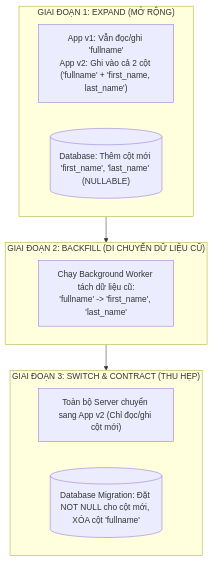
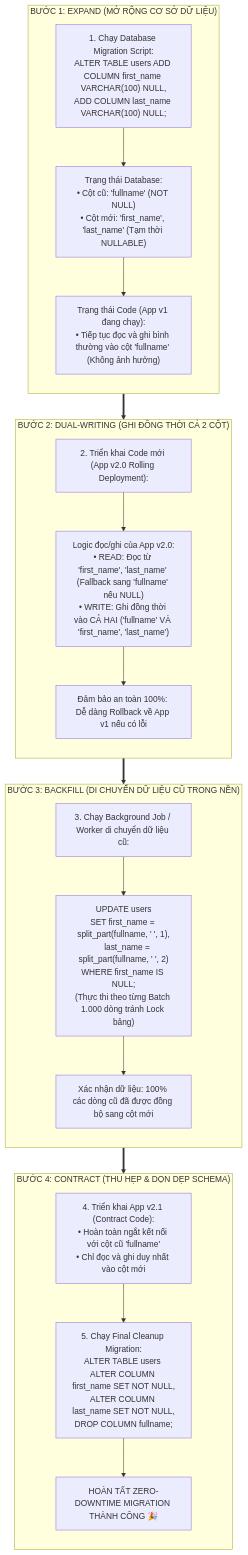
One commit to hydragon2m/docs changed the seventh of 8 diagrams in Backend/Database & Storage/04. ORM & Migrations/Bài 01 - ORM Deep Dive (Prisma vs TypeORM & Migration Management).md. Above: the diagram before and after it, drawn with Mermaid. The commit also changed other lines of this file and 3 other files, not shown here.

````diff
--- a/Backend/Database & Storage/04. ORM & Migrations/Bài 01 - ORM Deep Dive (Prisma vs TypeORM & Migration Management).md
+++ b/Backend/Database & Storage/04. ORM & Migrations/Bài 01 - ORM Deep Dive (Prisma vs TypeORM & Migration Management).md
@@ -284,18 +303,36 @@
 ```mermaid
 flowchart TD
-    subgraph Phase1["GIAI ĐOẠN 1: EXPAND (MỞ RỘNG)"]
-        P1Code["App v1: Vẫn đọc/ghi 'fullname'<br/>App v2: Ghi vào cả 2 cột ('fullname' + 'first_name, last_name')"]
-        P1DB[("Database: Thêm cột mới 'first_name', 'last_name' (NULLABLE)")]
+    subgraph Phase1["BƯỚC 1: EXPAND (MỞ RỘNG CƠ SỞ DỮ LIỆU)"]
+        direction TB
+        P1_Migration["1. Chạy Database Migration Script:<br/>ALTER TABLE users ADD COLUMN first_name VARCHAR(100) NULL,<br/>ADD COLUMN last_name VARCHAR(100) NULL;"]
+        P1_State["Trạng thái Database:<br/>• Cột cũ: 'fullname' (NOT NULL)<br/>• Cột mới: 'first_name', 'last_name' (Tạm thời NULLABLE)"]
+        P1_App["Trạng thái Code (App v1 đang chạy):<br/>• Tiếp tục đọc và ghi bình thường vào cột 'fullname' (Không ảnh hưởng)"]
+        P1_Migration --> P1_State --> P1_App
     end
 
-    subgraph Phase2["GIAI ĐOẠN 2: BACKFILL (DI CHUYỂN DỮ LIỆU CŨ)"]
-        P2Batch["Chạy Background Worker tách dữ liệu cũ:<br/>'fullname' -> 'first_name', 'last_name'"]
+    subgraph Phase2["BƯỚC 2: DUAL-WRITING (GHI ĐỒNG THỜI CẢ 2 CỘT)"]
+        direction TB
+        P2_Deploy["2. Triển khai Code mới (App v2.0 Rolling Deployment):"]
+        P2_Logic["Logic đọc/ghi của App v2.0:<br/>• READ: Đọc từ 'first_name', 'last_name' (Fallback sang 'fullname' nếu NULL)<br/>• WRITE: Ghi đồng thời vào CẢ HAI ('fullname' VÀ 'first_name', 'last_name')"]
+        P2_Sync["Đảm bảo an toàn 100%: Dễ dàng Rollback về App v1 nếu có lỗi"]
+        P2_Deploy --> P2_Logic --> P2_Sync
     end
 
-    subgraph Phase3["GIAI ĐOẠN 3: SWITCH & CONTRACT (THU HẸP)"]
-        P3Deploy["Toàn bộ Server chuyển sang App v2 (Chỉ đọc/ghi cột mới)"]
-        P3Clean[("Database Migration: Đặt NOT NULL cho cột mới, XÓA cột 'fullname'")]
+    subgraph Phase3["BƯỚC 3: BACKFILL (DI CHUYỂN DỮ LIỆU CŨ TRONG NỀN)"]
+        direction TB
+        P3_Worker["3. Chạy Background Job / Worker di chuyển dữ liệu cũ:"]
+        P3_Script["UPDATE users<br/>SET first_name = split_part(fullname, ' ', 1),<br/>    last_name = split_part(fullname, ' ', 2)<br/>WHERE first_name IS NULL;<br/>(Thực thi theo từng Batch 1.000 dòng tránh Lock bảng)"]
+        P3_Done["Xác nhận dữ liệu: 100% các dòng cũ đã được đồng bộ sang cột mới"]
+        P3_Worker --> P3_Script --> P3_Done
     end
 
-    Phase1 --> Phase2 --> Phase3
+    subgraph Phase4["BƯỚC 4: CONTRACT (THU HẸP & DỌN DẸP SCHEMA)"]
+        direction TB
+        P4_DeployApp["4. Triển khai App v2.1 (Contract Code):<br/>• Hoàn toàn ngắt kết nối với cột cũ 'fullname'<br/>• Chỉ đọc và ghi duy nhất vào cột mới"]
+        P4_FinalMigration["5. Chạy Final Cleanup Migration:<br/>ALTER TABLE users ALTER COLUMN first_name SET NOT NULL,<br/>ALTER COLUMN last_name SET NOT NULL,<br/>DROP COLUMN fullname;"]
+        P4_Complete["HOÀN TẤT ZERO-DOWNTIME MIGRATION THÀNH CÔNG 🎉"]
+        P4_DeployApp --> P4_FinalMigration --> P4_Complete
+    end
+
+    Phase1 ==> Phase2 ==> Phase3 ==> Phase4
 ```
````
